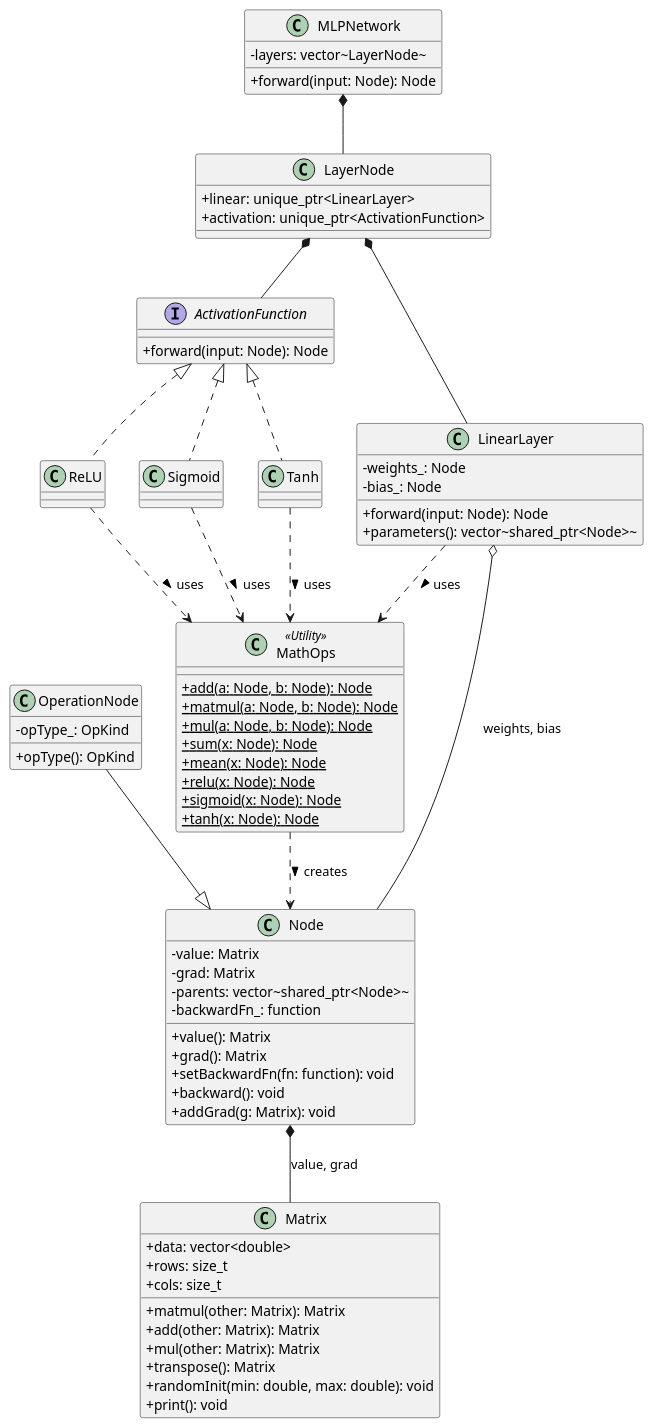
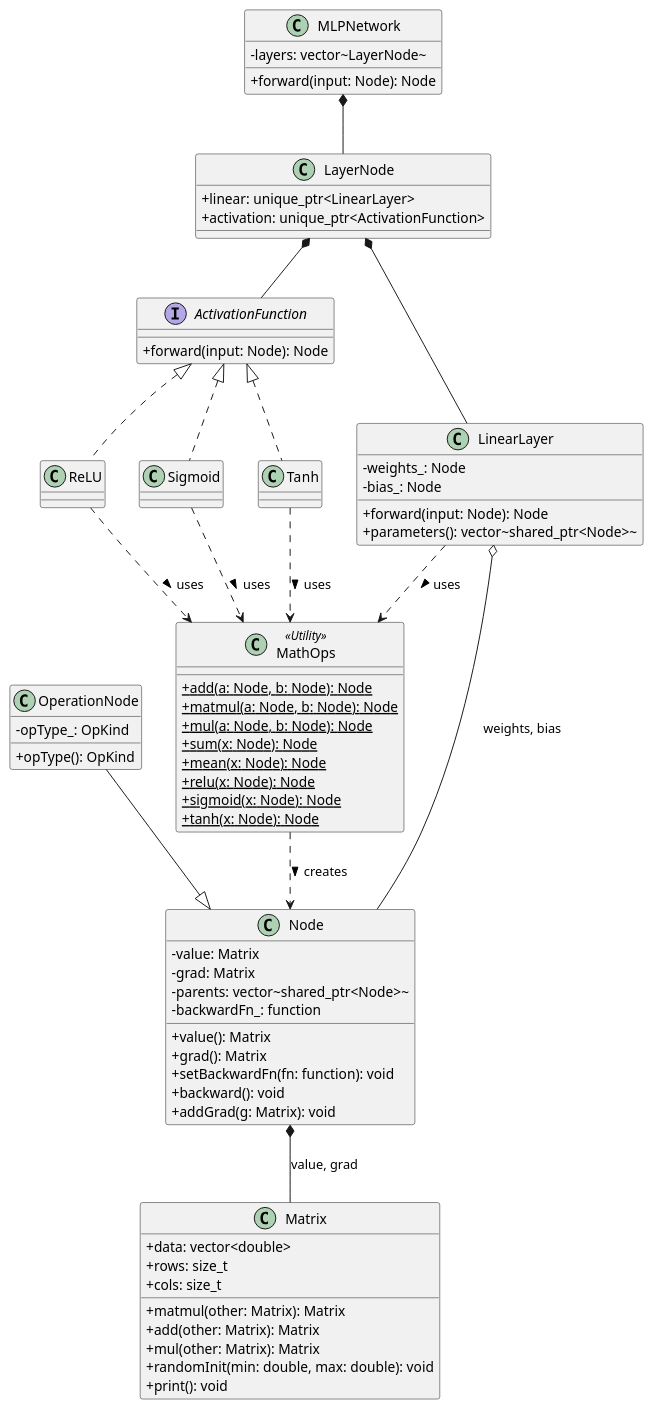
The diagram in Docs/phase3.puml (hibouwu/ppn-mnist-neural-network), drawn with PlantUML before and after one commit. The commit also changed 22 other files, not shown here.

```diff
--- a/Docs/phase3.puml
+++ b/Docs/phase3.puml
@@ -1,73 +1,72 @@
 @startuml
 skinparam classAttributeIconSize 0
 class Matrix {
   +data: vector<double>
   +rows: size_t
   +cols: size_t
   +matmul(other: Matrix): Matrix
   +add(other: Matrix): Matrix
   +mul(other: Matrix): Matrix
-  +transpose(): Matrix
   +randomInit(min: double, max: double): void
   +print(): void
 }
 class Node {
   -value: Matrix
   -grad: Matrix
   -parents: vector~shared_ptr<Node>~
   -backwardFn_: function
   +value(): Matrix
   +grad(): Matrix
   +setBackwardFn(fn: function): void
   +backward(): void
   +addGrad(g: Matrix): void
 }
 Node *-- Matrix : value, grad
 class OperationNode {
   -opType_: OpKind
   +opType(): OpKind
 }
 OperationNode --|> Node
 class MathOps <<Utility>> {
   {static} +add(a: Node, b: Node): Node
   {static} +matmul(a: Node, b: Node): Node
   {static} +mul(a: Node, b: Node): Node
   {static} +sum(x: Node): Node
   {static} +mean(x: Node): Node
   {static} +relu(x: Node): Node
   {static} +sigmoid(x: Node): Node
   {static} +tanh(x: Node): Node
 }
 MathOps ..> Node : creates >
 interface ActivationFunction {
   +forward(input: Node): Node
 }
 class ReLU
 class Sigmoid
 class Tanh
 ActivationFunction <|.. ReLU
 ActivationFunction <|.. Sigmoid
 ActivationFunction <|.. Tanh
 ReLU ..> MathOps : uses >
 Sigmoid ..> MathOps : uses >
 Tanh ..> MathOps : uses >
 class LinearLayer {
   -weights_: Node
   -bias_: Node
   +forward(input: Node): Node
   +parameters(): vector~shared_ptr<Node>~
 }
 LinearLayer o-- Node : weights, bias
 LinearLayer ..> MathOps : uses >
 class LayerNode {
   +linear: unique_ptr<LinearLayer>
   +activation: unique_ptr<ActivationFunction>
 }
 class MLPNetwork {
   -layers: vector~LayerNode~
   +forward(input: Node): Node
 }
 MLPNetwork *-- LayerNode
 LayerNode *-- LinearLayer
 LayerNode *-- ActivationFunction
 @enduml
```
